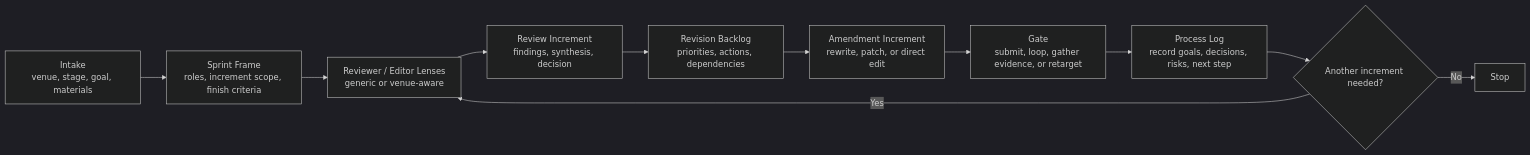
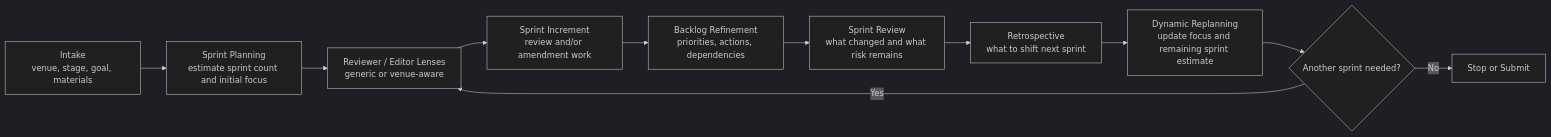
The diagram in README.md (RichradsY/PaperSprint), drawn with Mermaid (dark theme) before and after one commit. The commit also changed other lines of this file and 2 other files, not shown here.

````diff
--- a/README.md
+++ b/README.md
@@ -18,13 +19,13 @@
 ```mermaid
 flowchart LR
-    A["Intake<br/>venue, stage, goal, materials"] --> B["Sprint Frame<br/>roles, increment scope, finish criteria"]
+    A["Intake<br/>venue, stage, goal, materials"] --> B["Sprint Planning<br/>estimate sprint count and initial focus"]
     B --> C["Reviewer / Editor Lenses<br/>generic or venue-aware"]
-    C --> D["Review Increment<br/>findings, synthesis, decision"]
-    D --> E["Revision Backlog<br/>priorities, actions, dependencies"]
-    E --> F["Amendment Increment<br/>rewrite, patch, or direct edit"]
-    F --> G["Gate<br/>submit, loop, gather evidence, or retarget"]
-    G --> H["Process Log<br/>record goals, decisions, risks, next step"]
-    H --> I{"Another increment needed?"}
+    C --> D["Sprint Increment<br/>review and/or amendment work"]
+    D --> E["Backlog Refinement<br/>priorities, actions, dependencies"]
+    E --> F["Sprint Review<br/>what changed and what risk remains"]
+    F --> G["Retrospective<br/>what to shift next sprint"]
+    G --> H["Dynamic Replanning<br/>update focus and remaining sprint estimate"]
+    H --> I{"Another sprint needed?"}
     I -->|"Yes"| C
-    I -->|"No"| J["Stop"]
+    I -->|"No"| J["Stop or Submit"]
 ```
````
